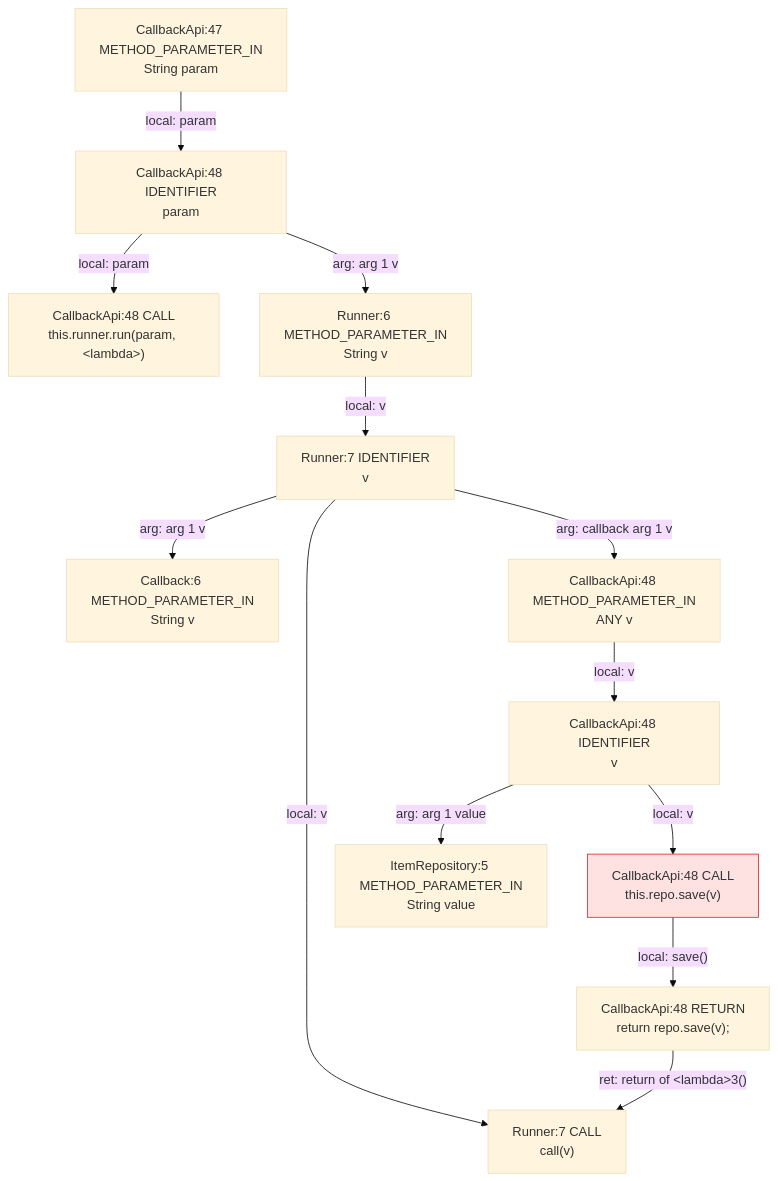
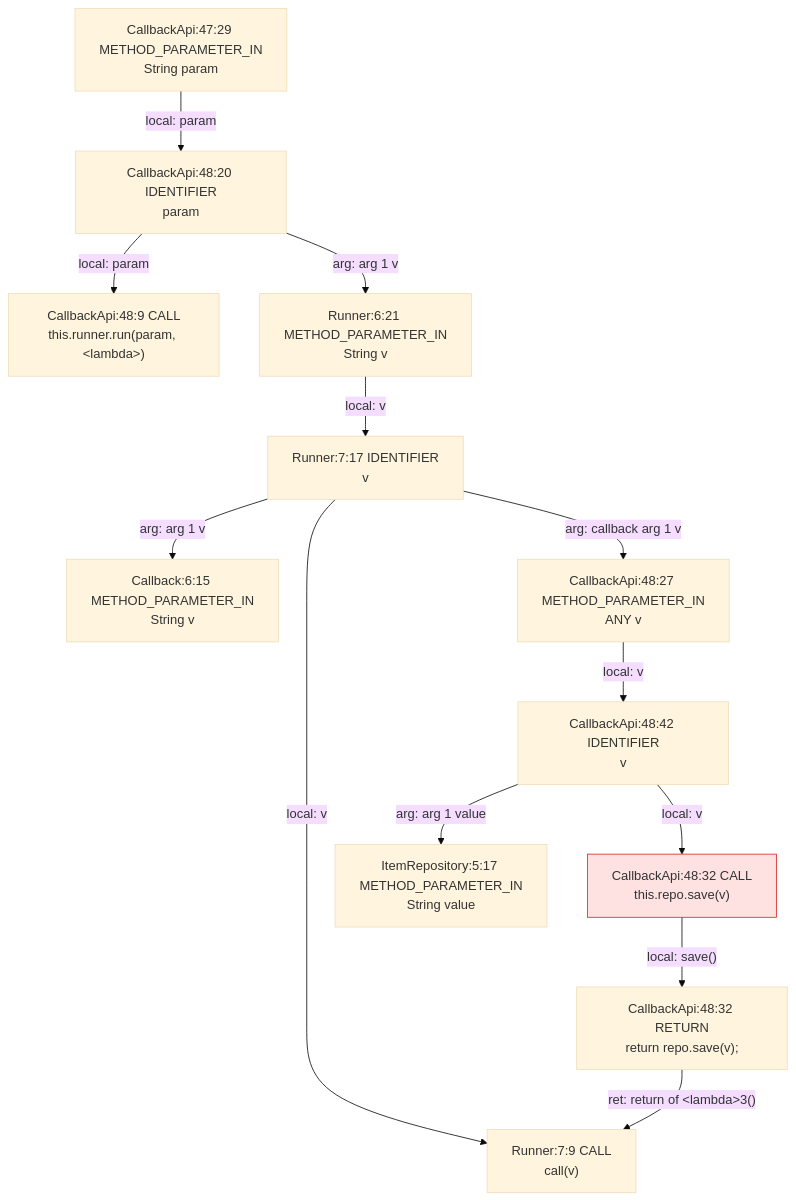
One commit to gstiebler/codeflow changed the fifth of 6 diagrams in spike/fixtures/callbacks/truth.md. Above: the diagram before and after it, drawn with Mermaid (base theme). The commit also changed other lines of this file and 154 other files, not shown here.

````diff
--- a/spike/fixtures/callbacks/truth.md
+++ b/spike/fixtures/callbacks/truth.md
@@ -117,28 +117,28 @@
 ```mermaid
 flowchart TD
-  e0["Callback:6 METHOD_PARAMETER_IN<br/>String v"]
-  e1["CallbackApi:47 METHOD_PARAMETER_IN<br/>String param"]
-  e2["CallbackApi:48 CALL<br/>this.repo.save(v)"]
-  style e2 fill:#fee2e2,stroke:#dc2626
-  e3["CallbackApi:48 CALL<br/>this.runner.run(param, #lt;lambda#gt;)"]
-  e4["CallbackApi:48 IDENTIFIER<br/>param"]
-  e5["CallbackApi:48 IDENTIFIER<br/>v"]
-  e6["CallbackApi:48 METHOD_PARAMETER_IN<br/>ANY v"]
-  e7["CallbackApi:48 RETURN<br/>return repo.save(v);"]
-  e8["ItemRepository:5 METHOD_PARAMETER_IN<br/>String value"]
-  e9["Runner:6 METHOD_PARAMETER_IN<br/>String v"]
-  e10["Runner:7 CALL<br/>call(v)"]
-  e11["Runner:7 IDENTIFIER<br/>v"]
-  e1 -->|"local: param"| e4
-  e11 -->|"arg: arg 1 v"| e0
-  e11 -->|"arg: callback arg 1 v"| e6
-  e11 -->|"local: v"| e10
-  e2 -->|"local: save()"| e7
-  e4 -->|"arg: arg 1 v"| e9
-  e4 -->|"local: param"| e3
-  e5 -->|"arg: arg 1 value"| e8
-  e5 -->|"local: v"| e2
-  e6 -->|"local: v"| e5
-  e7 -->|"ret: return of #lt;lambda#gt;3()"| e10
-  e9 -->|"local: v"| e11
+  e0["Callback:6:15 METHOD_PARAMETER_IN<br/>String v"]
+  e1["CallbackApi:47:29 METHOD_PARAMETER_IN<br/>String param"]
+  e2["CallbackApi:48:20 IDENTIFIER<br/>param"]
+  e3["CallbackApi:48:27 METHOD_PARAMETER_IN<br/>ANY v"]
+  e4["CallbackApi:48:32 CALL<br/>this.repo.save(v)"]
+  style e4 fill:#fee2e2,stroke:#dc2626
+  e5["CallbackApi:48:32 RETURN<br/>return repo.save(v);"]
+  e6["CallbackApi:48:42 IDENTIFIER<br/>v"]
+  e7["CallbackApi:48:9 CALL<br/>this.runner.run(param, #lt;lambda#gt;)"]
+  e8["ItemRepository:5:17 METHOD_PARAMETER_IN<br/>String value"]
+  e9["Runner:6:21 METHOD_PARAMETER_IN<br/>String v"]
+  e10["Runner:7:17 IDENTIFIER<br/>v"]
+  e11["Runner:7:9 CALL<br/>call(v)"]
+  e1 -->|"local: param"| e2
+  e10 -->|"arg: arg 1 v"| e0
+  e10 -->|"arg: callback arg 1 v"| e3
+  e10 -->|"local: v"| e11
+  e2 -->|"arg: arg 1 v"| e9
+  e2 -->|"local: param"| e7
+  e3 -->|"local: v"| e6
+  e4 -->|"local: save()"| e5
+  e5 -->|"ret: return of #lt;lambda#gt;3()"| e11
+  e6 -->|"arg: arg 1 value"| e8
+  e6 -->|"local: v"| e4
+  e9 -->|"local: v"| e10
 ```
````
